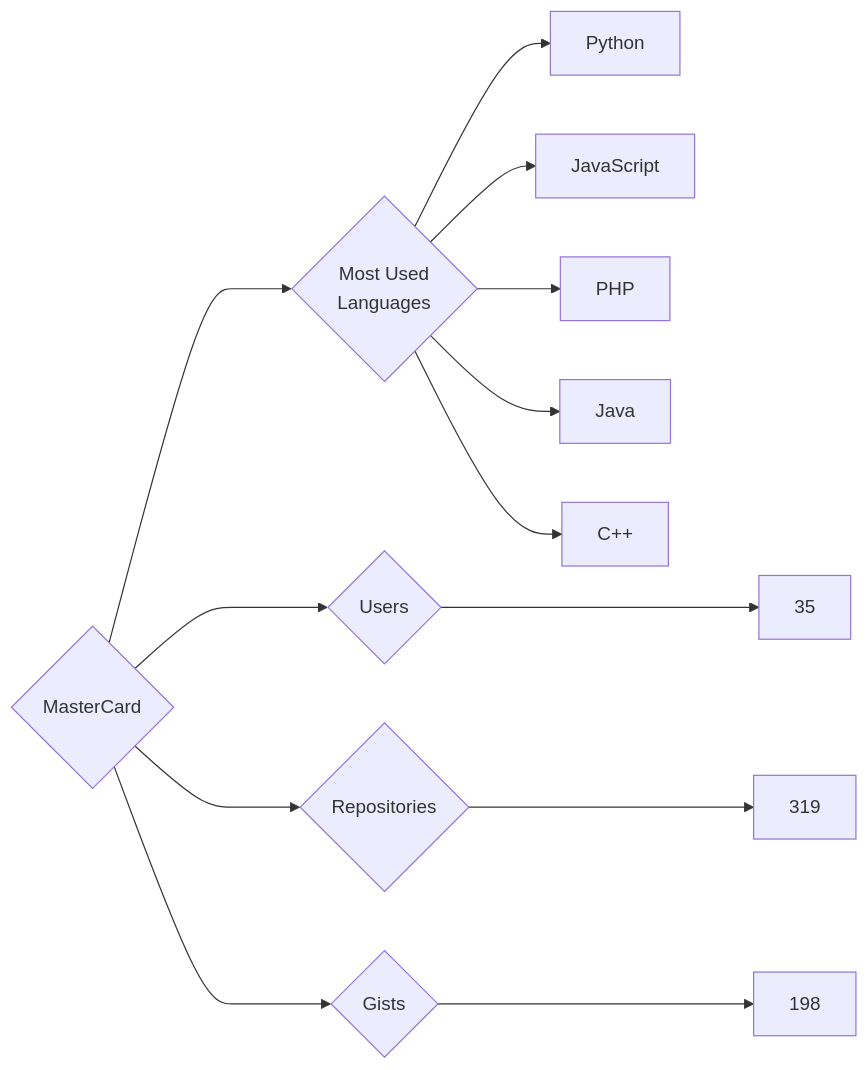
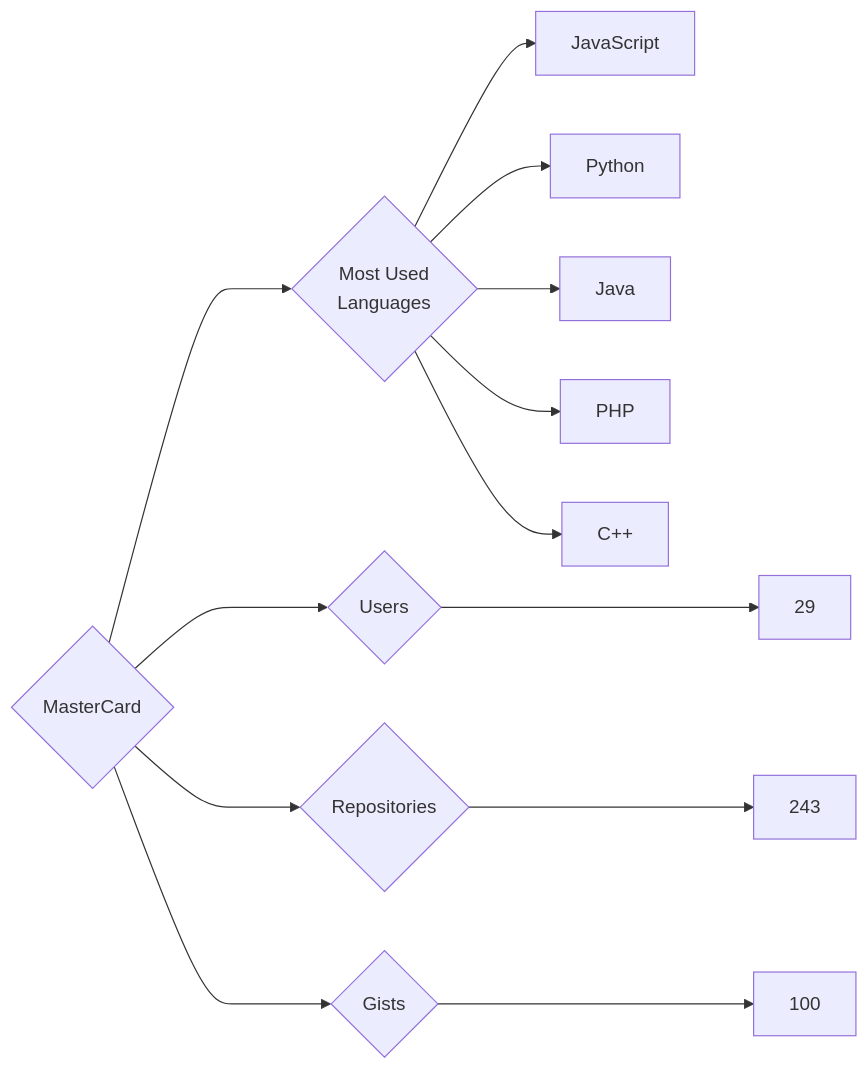
Before and after one commit to trickest/insiders: the diagram in targets/MasterCard/README.md, drawn with Mermaid. The commit also changed 912 other files, not shown here.

````diff
--- a/targets/MasterCard/README.md
+++ b/targets/MasterCard/README.md
@@ -3,13 +3,13 @@
 ```mermaid
 graph LR
 COMPANY_NAME{MasterCard}
-COMPANY_NAME ---> U{Users} ---> UN[35]
-COMPANY_NAME ---> R{Repositories} ---> RN[319]
-COMPANY_NAME ---> G{Gists} ---> GN[198]
+COMPANY_NAME ---> U{Users} ---> UN[29]
+COMPANY_NAME ---> R{Repositories} ---> RN[243]
+COMPANY_NAME ---> G{Gists} ---> GN[100]
 COMPANY_NAME ---> ML{Most Used<br>Languages}
+ML --> JavaScript[JavaScript]
 ML --> Python[Python]
-ML --> JavaScript[JavaScript]
+ML --> Java[Java]
 ML --> PHP[PHP]
-ML --> Java[Java]
 ML --> C++[C++]
 ```
````
